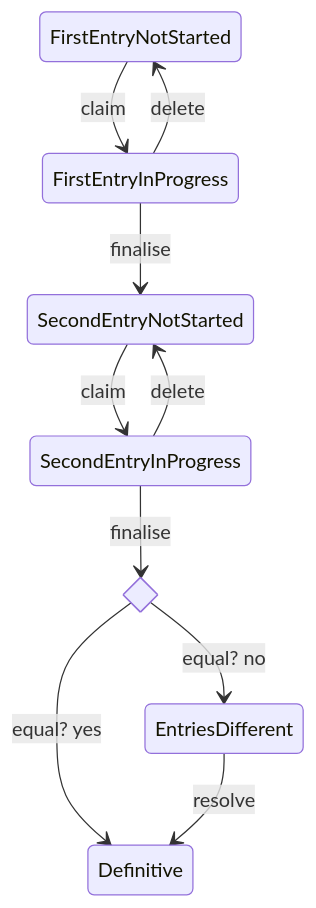
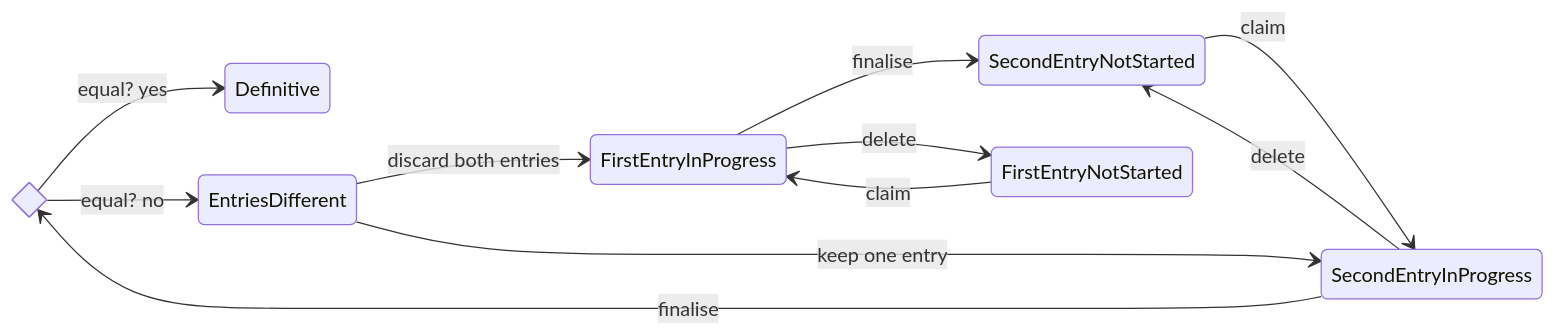
The diagram in documentatie/flowcharts/data-entry-state.md (kiesraad/abacus), drawn with Mermaid before and after one commit.

Commit message:
Added data entry difference state transitions

````diff
--- a/documentatie/flowcharts/data-entry-state.md
+++ b/documentatie/flowcharts/data-entry-state.md
@@ -7,19 +7,17 @@
 ```mermaid
 stateDiagram
-FirstEntryNotStarted --> FirstEntryInProgress: claim
-#FirstEntryInProgress --> FirstEntryInProgress: claim
-#FirstEntryInProgress --> FirstEntryInProgress: save
-FirstEntryInProgress --> SecondEntryNotStarted: finalise
-FirstEntryInProgress --> FirstEntryNotStarted: delete
-SecondEntryNotStarted --> SecondEntryInProgress: claim
-#SecondEntryInProgress --> SecondEntryInProgress: claim
-#SecondEntryInProgress --> SecondEntryInProgress: save
-state is_equal <<choice>>
-is_equal --> Definitive: equal? yes
-is_equal --> EntriesDifferent: equal? no
-SecondEntryInProgress --> is_equal: finalise
-SecondEntryInProgress --> SecondEntryNotStarted: delete
-#EntriesDifferent --> EntriesDifferent: save
-# Will be Implemented in #130: EntriesDifferent --> NotStarted: delete
-EntriesDifferent --> Definitive: resolve
+  direction LR
+  state is_equal <<choice>>
+  FirstEntryNotStarted --> FirstEntryInProgress:claim
+  #FirstEntryInProgress --> FirstEntryInProgress:save
+  FirstEntryInProgress --> SecondEntryNotStarted:finalise
+  FirstEntryInProgress --> FirstEntryNotStarted:delete
+  SecondEntryNotStarted --> SecondEntryInProgress:claim
+  is_equal --> Definitive:equal? yes
+  is_equal --> EntriesDifferent:equal? no
+  #SecondEntryInProgress --> SecondEntryInProgress:save
+  SecondEntryInProgress --> is_equal:finalise
+  SecondEntryInProgress --> SecondEntryNotStarted:delete
+  EntriesDifferent --> FirstEntryInProgress: discard both entries
+  EntriesDifferent --> SecondEntryInProgress:keep one entry
 ```
````
